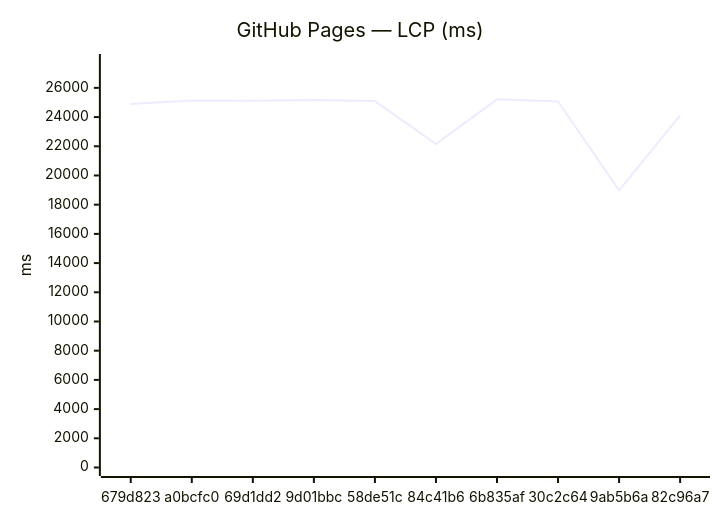
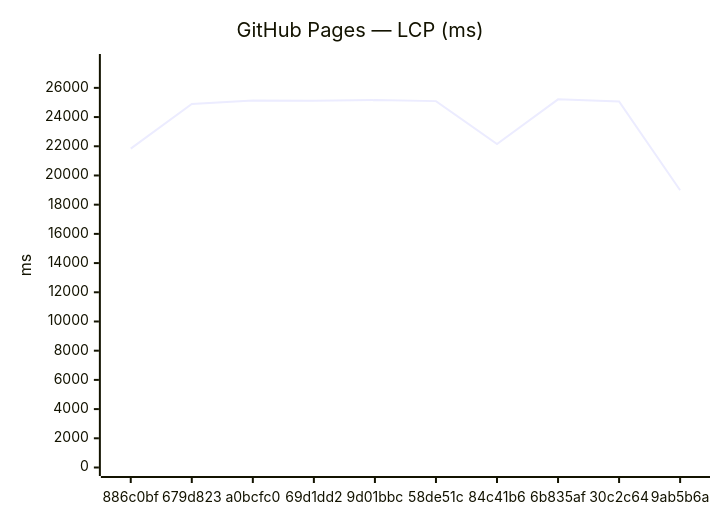
One commit to Metaheurist/Rianell changed the third of 12 diagrams in benchmarks/compare.md. Above: the diagram before and after it, drawn with Mermaid. The commit also changed other lines of this file and 8 other files, not shown here.

````diff
--- a/benchmarks/compare.md
+++ b/benchmarks/compare.md
@@ -54,7 +54,7 @@
 ```mermaid
 xychart-beta
     title "GitHub Pages — LCP (ms)"
-    x-axis ["679d823", "a0bcfc0", "69d1dd2", "9d01bbc", "58de51c", "84c41b6", "6b835af", "30c2c64", "9ab5b6a", "82c96a7"]
+    x-axis ["886c0bf", "679d823", "a0bcfc0", "69d1dd2", "9d01bbc", "58de51c", "84c41b6", "6b835af", "30c2c64", "9ab5b6a"]
     y-axis "ms" 0 --> 27737
-    line [24900, 25139, 25124, 25162, 25092, 22152, 25215, 25064, 18985, 24113]
+    line [21835, 24900, 25139, 25124, 25162, 25092, 22152, 25215, 25064, 18985]
 ```
````
